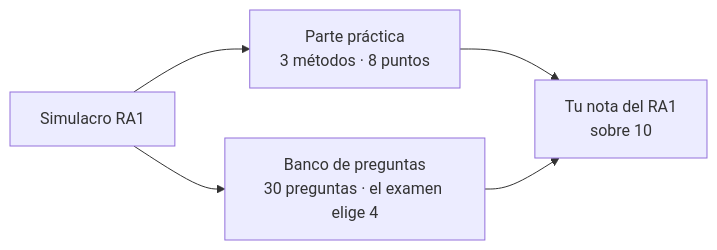
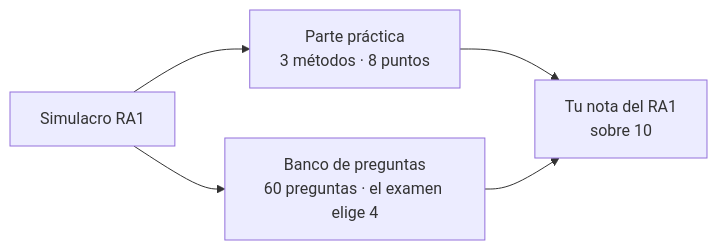
The third of 3 diagrams in docs/ut1/index.md (campusdevfp/sost2627), drawn with Mermaid before and after one commit. The commit also changed other lines of this file and 10 other files, not shown here.

````diff
--- a/docs/ut1/index.md
+++ b/docs/ut1/index.md
@@ -468,7 +318,7 @@
 ```mermaid
 flowchart LR
     S["Simulacro RA1"] --> P["Parte práctica<br/>3 métodos · 8 puntos"]
-    S --> T["Banco de preguntas<br/>30 preguntas · el examen elige 4"]
+    S --> T["Banco de preguntas<br/>60 preguntas · el examen elige 4"]
     P --> N["Tu nota del RA1<br/>sobre 10"]
     T --> N
 ```
````
